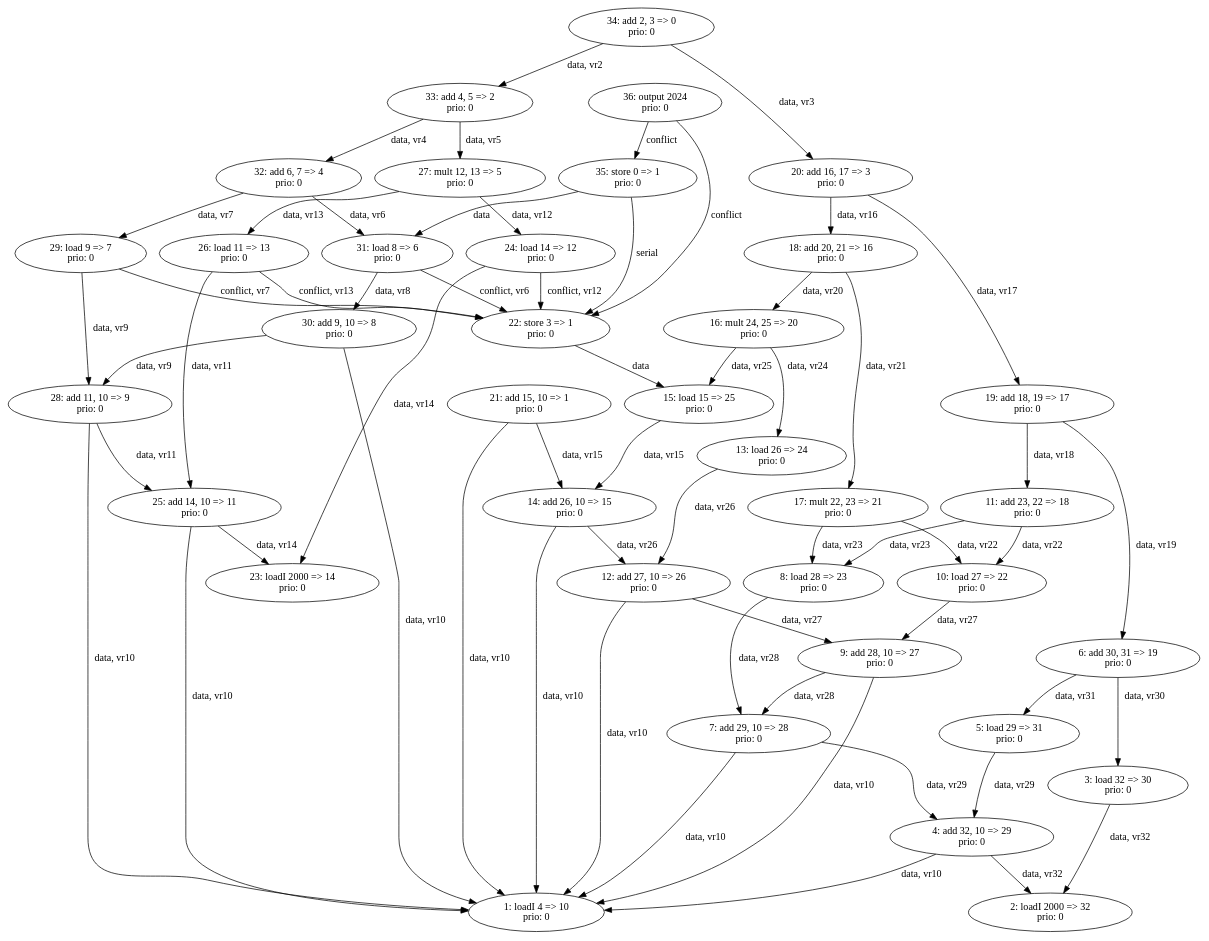
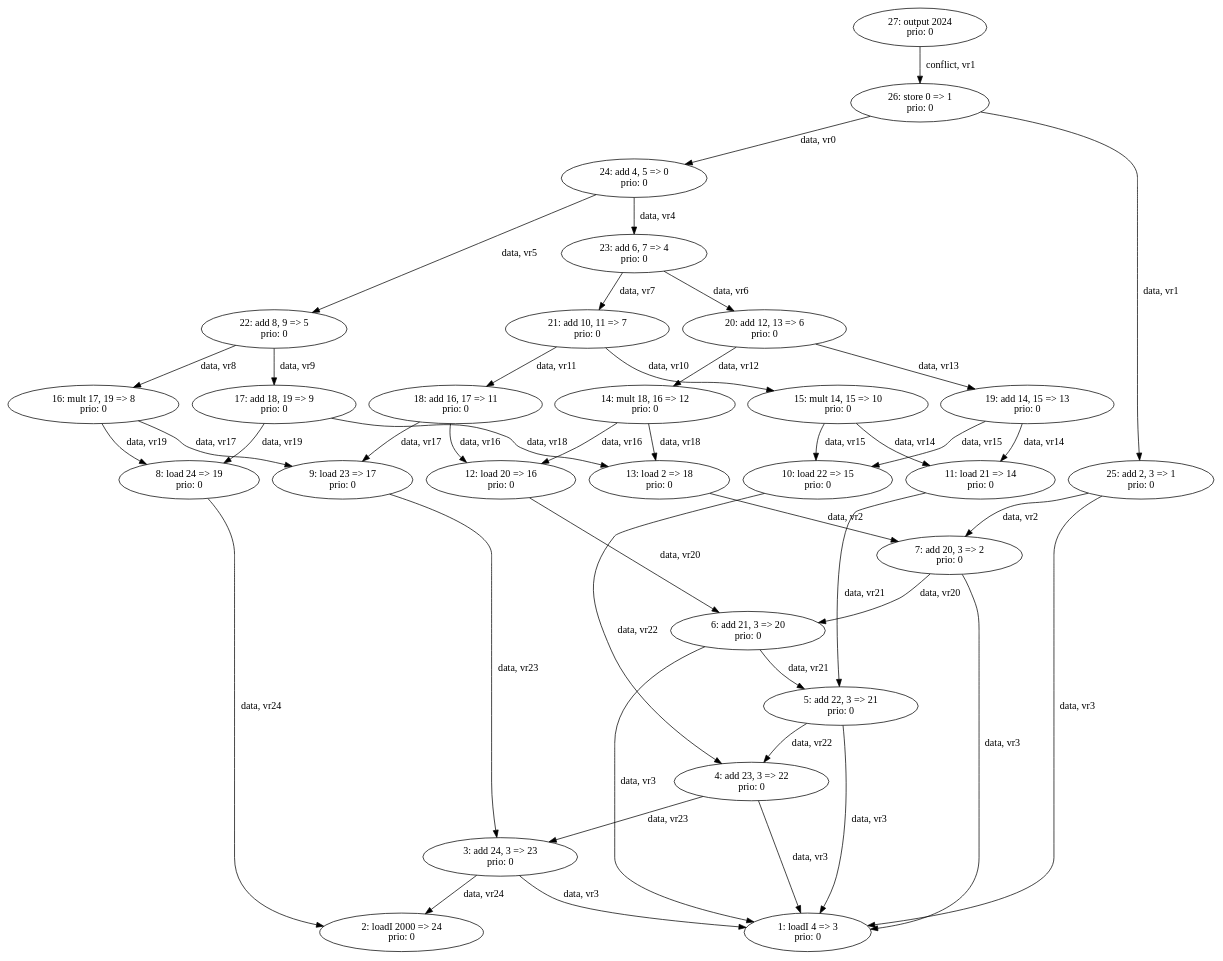
Before and after one commit to sarahluan11/COMP-412-Lab-3: the diagram in lab3_dependence_graph.dot, drawn with Graphviz. The commit also changed 10 other files, not shown here.

Commit message:
right graph and reverse graph

```diff
--- a/lab3_dependence_graph.dot
+++ b/lab3_dependence_graph.dot
@@ -1,97 +1,72 @@
 digraph DependenceGraph {
-    "140036839812400" [label="1: loadI 4 => 10\nprio: 0"];
-    "140036839812456" [label="2: loadI 2000 => 32\nprio: 0"];
-    "140036839812512" [label="3: load 32 => 30\nprio: 0"];
-    "140036839812568" [label="4: add 32, 10 => 29\nprio: 0"];
-    "140036839812624" [label="5: load 29 => 31\nprio: 0"];
-    "140036839812680" [label="6: add 30, 31 => 19\nprio: 0"];
-    "140036839812736" [label="7: add 29, 10 => 28\nprio: 0"];
-    "140036839812792" [label="8: load 28 => 23\nprio: 0"];
-    "140036839812848" [label="9: add 28, 10 => 27\nprio: 0"];
-    "140036839812904" [label="10: load 27 => 22\nprio: 0"];
-    "140036839812960" [label="11: add 23, 22 => 18\nprio: 0"];
-    "140036839813016" [label="12: add 27, 10 => 26\nprio: 0"];
-    "140036839813072" [label="13: load 26 => 24\nprio: 0"];
-    "140036839829576" [label="14: add 26, 10 => 15\nprio: 0"];
-    "140036839829632" [label="15: load 15 => 25\nprio: 0"];
-    "140036839829688" [label="16: mult 24, 25 => 20\nprio: 0"];
-    "140036839829744" [label="17: mult 22, 23 => 21\nprio: 0"];
-    "140036839829800" [label="18: add 20, 21 => 16\nprio: 0"];
-    "140036839829856" [label="19: add 18, 19 => 17\nprio: 0"];
-    "140036839829912" [label="20: add 16, 17 => 3\nprio: 0"];
-    "140036839829968" [label="21: add 15, 10 => 1\nprio: 0"];
-    "140036839830024" [label="22: store 3 => 1\nprio: 0"];
-    "140036839830080" [label="23: loadI 2000 => 14\nprio: 0"];
-    "140036839830136" [label="24: load 14 => 12\nprio: 0"];
-    "140036839830192" [label="25: add 14, 10 => 11\nprio: 0"];
-    "140036839830248" [label="26: load 11 => 13\nprio: 0"];
-    "140036839830304" [label="27: mult 12, 13 => 5\nprio: 0"];
-    "140036839830360" [label="28: add 11, 10 => 9\nprio: 0"];
-    "140036839830416" [label="29: load 9 => 7\nprio: 0"];
-    "140036839830472" [label="30: add 9, 10 => 8\nprio: 0"];
-    "140036839830528" [label="31: load 8 => 6\nprio: 0"];
-    "140036839830584" [label="32: add 6, 7 => 4\nprio: 0"];
-    "140036839830640" [label="33: add 4, 5 => 2\nprio: 0"];
-    "140036839830696" [label="34: add 2, 3 => 0\nprio: 0"];
-    "140036839830752" [label="35: store 0 => 1\nprio: 0"];
-    "140036839830808" [label="36: output 2024\nprio: 0"];
-    "140036839812512" -> "140036839812456" [label="data, vr32"];
-    "140036839812568" -> "140036839812456" [label="data, vr32"];
-    "140036839812568" -> "140036839812400" [label="data, vr10"];
-    "140036839812624" -> "140036839812568" [label="data, vr29"];
-    "140036839812680" -> "140036839812512" [label="data, vr30"];
-    "140036839812680" -> "140036839812624" [label="data, vr31"];
-    "140036839812736" -> "140036839812568" [label="data, vr29"];
-    "140036839812736" -> "140036839812400" [label="data, vr10"];
-    "140036839812792" -> "140036839812736" [label="data, vr28"];
-    "140036839812848" -> "140036839812736" [label="data, vr28"];
-    "140036839812848" -> "140036839812400" [label="data, vr10"];
-    "140036839812904" -> "140036839812848" [label="data, vr27"];
-    "140036839812960" -> "140036839812792" [label="data, vr23"];
-    "140036839812960" -> "140036839812904" [label="data, vr22"];
-    "140036839813016" -> "140036839812848" [label="data, vr27"];
-    "140036839813016" -> "140036839812400" [label="data, vr10"];
-    "140036839813072" -> "140036839813016" [label="data, vr26"];
-    "140036839829576" -> "140036839813016" [label="data, vr26"];
-    "140036839829576" -> "140036839812400" [label="data, vr10"];
-    "140036839829632" -> "140036839829576" [label="data, vr15"];
-    "140036839829688" -> "140036839813072" [label="data, vr24"];
-    "140036839829688" -> "140036839829632" [label="data, vr25"];
-    "140036839829744" -> "140036839812904" [label="data, vr22"];
-    "140036839829744" -> "140036839812792" [label="data, vr23"];
-    "140036839829800" -> "140036839829688" [label="data, vr20"];
-    "140036839829800" -> "140036839829744" [label="data, vr21"];
-    "140036839829856" -> "140036839812960" [label="data, vr18"];
-    "140036839829856" -> "140036839812680" [label="data, vr19"];
-    "140036839829912" -> "140036839829800" [label="data, vr16"];
-    "140036839829912" -> "140036839829856" [label="data, vr17"];
-    "140036839829968" -> "140036839829576" [label="data, vr15"];
-    "140036839829968" -> "140036839812400" [label="data, vr10"];
-    "140036839830024" -> "140036839829632" [label="data"];
-    "140036839830136" -> "140036839830080" [label="data, vr14"];
-    "140036839830136" -> "140036839830024" [label="conflict, vr12"];
-    "140036839830192" -> "140036839830080" [label="data, vr14"];
-    "140036839830192" -> "140036839812400" [label="data, vr10"];
-    "140036839830248" -> "140036839830192" [label="data, vr11"];
-    "140036839830248" -> "140036839830024" [label="conflict, vr13"];
-    "140036839830304" -> "140036839830136" [label="data, vr12"];
-    "140036839830304" -> "140036839830248" [label="data, vr13"];
-    "140036839830360" -> "140036839830192" [label="data, vr11"];
-    "140036839830360" -> "140036839812400" [label="data, vr10"];
-    "140036839830416" -> "140036839830360" [label="data, vr9"];
-    "140036839830416" -> "140036839830024" [label="conflict, vr7"];
-    "140036839830472" -> "140036839830360" [label="data, vr9"];
-    "140036839830472" -> "140036839812400" [label="data, vr10"];
-    "140036839830528" -> "140036839830472" [label="data, vr8"];
-    "140036839830528" -> "140036839830024" [label="conflict, vr6"];
-    "140036839830584" -> "140036839830528" [label="data, vr6"];
-    "140036839830584" -> "140036839830416" [label="data, vr7"];
-    "140036839830640" -> "140036839830584" [label="data, vr4"];
-    "140036839830640" -> "140036839830304" [label="data, vr5"];
-    "140036839830696" -> "140036839830640" [label="data, vr2"];
-    "140036839830696" -> "140036839829912" [label="data, vr3"];
-    "140036839830752" -> "140036839830528" [label="data"];
-    "140036839830752" -> "140036839830024" [label="serial"];
-    "140036839830808" -> "140036839830024" [label="conflict"];
-    "140036839830808" -> "140036839830752" [label="conflict"];
+    "139910018239232" [label="1: loadI 4 => 3\nprio: 0"];
+    "139910018239288" [label="2: loadI 2000 => 24\nprio: 0"];
+    "139910018239344" [label="3: add 24, 3 => 23\nprio: 0"];
+    "139910018239400" [label="4: add 23, 3 => 22\nprio: 0"];
+    "139910018239456" [label="5: add 22, 3 => 21\nprio: 0"];
+    "139910018239512" [label="6: add 21, 3 => 20\nprio: 0"];
+    "139910018239568" [label="7: add 20, 3 => 2\nprio: 0"];
+    "139910018239624" [label="8: load 24 => 19\nprio: 0"];
+    "139910018239680" [label="9: load 23 => 17\nprio: 0"];
+    "139910018239736" [label="10: load 22 => 15\nprio: 0"];
+    "139910018239792" [label="11: load 21 => 14\nprio: 0"];
+    "139910018239848" [label="12: load 20 => 16\nprio: 0"];
+    "139910018239904" [label="13: load 2 => 18\nprio: 0"];
+    "139910018239960" [label="14: mult 18, 16 => 12\nprio: 0"];
+    "139910018240016" [label="15: mult 14, 15 => 10\nprio: 0"];
+    "139910018240072" [label="16: mult 17, 19 => 8\nprio: 0"];
+    "139910018240128" [label="17: add 18, 19 => 9\nprio: 0"];
+    "139910018240184" [label="18: add 16, 17 => 11\nprio: 0"];
+    "139910018240240" [label="19: add 14, 15 => 13\nprio: 0"];
+    "139910018240296" [label="20: add 12, 13 => 6\nprio: 0"];
+    "139910018240352" [label="21: add 10, 11 => 7\nprio: 0"];
+    "139910018240408" [label="22: add 8, 9 => 5\nprio: 0"];
+    "139910018240464" [label="23: add 6, 7 => 4\nprio: 0"];
+    "139910018248776" [label="24: add 4, 5 => 0\nprio: 0"];
+    "139910018248832" [label="25: add 2, 3 => 1\nprio: 0"];
+    "139910018248888" [label="26: store 0 => 1\nprio: 0"];
+    "139910018248944" [label="27: output 2024\nprio: 0"];
+    "139910018239344" -> "139910018239288" [label="data, vr24"];
+    "139910018239344" -> "139910018239232" [label="data, vr3"];
+    "139910018239400" -> "139910018239344" [label="data, vr23"];
+    "139910018239400" -> "139910018239232" [label="data, vr3"];
+    "139910018239456" -> "139910018239400" [label="data, vr22"];
+    "139910018239456" -> "139910018239232" [label="data, vr3"];
+    "139910018239512" -> "139910018239456" [label="data, vr21"];
+    "139910018239512" -> "139910018239232" [label="data, vr3"];
+    "139910018239568" -> "139910018239512" [label="data, vr20"];
+    "139910018239568" -> "139910018239232" [label="data, vr3"];
+    "139910018239624" -> "139910018239288" [label="data, vr24"];
+    "139910018239680" -> "139910018239344" [label="data, vr23"];
+    "139910018239736" -> "139910018239400" [label="data, vr22"];
+    "139910018239792" -> "139910018239456" [label="data, vr21"];
+    "139910018239848" -> "139910018239512" [label="data, vr20"];
+    "139910018239904" -> "139910018239568" [label="data, vr2"];
+    "139910018239960" -> "139910018239904" [label="data, vr18"];
+    "139910018239960" -> "139910018239848" [label="data, vr16"];
+    "139910018240016" -> "139910018239792" [label="data, vr14"];
+    "139910018240016" -> "139910018239736" [label="data, vr15"];
+    "139910018240072" -> "139910018239680" [label="data, vr17"];
+    "139910018240072" -> "139910018239624" [label="data, vr19"];
+    "139910018240128" -> "139910018239904" [label="data, vr18"];
+    "139910018240128" -> "139910018239624" [label="data, vr19"];
+    "139910018240184" -> "139910018239848" [label="data, vr16"];
+    "139910018240184" -> "139910018239680" [label="data, vr17"];
+    "139910018240240" -> "139910018239792" [label="data, vr14"];
+    "139910018240240" -> "139910018239736" [label="data, vr15"];
+    "139910018240296" -> "139910018239960" [label="data, vr12"];
+    "139910018240296" -> "139910018240240" [label="data, vr13"];
+    "139910018240352" -> "139910018240016" [label="data, vr10"];
+    "139910018240352" -> "139910018240184" [label="data, vr11"];
+    "139910018240408" -> "139910018240072" [label="data, vr8"];
+    "139910018240408" -> "139910018240128" [label="data, vr9"];
+    "139910018240464" -> "139910018240296" [label="data, vr6"];
+    "139910018240464" -> "139910018240352" [label="data, vr7"];
+    "139910018248776" -> "139910018240464" [label="data, vr4"];
+    "139910018248776" -> "139910018240408" [label="data, vr5"];
+    "139910018248832" -> "139910018239568" [label="data, vr2"];
+    "139910018248832" -> "139910018239232" [label="data, vr3"];
+    "139910018248888" -> "139910018248776" [label="data, vr0"];
+    "139910018248888" -> "139910018248832" [label="data, vr1"];
+    "139910018248944" -> "139910018248888" [label="conflict, vr1"];
 }
```
